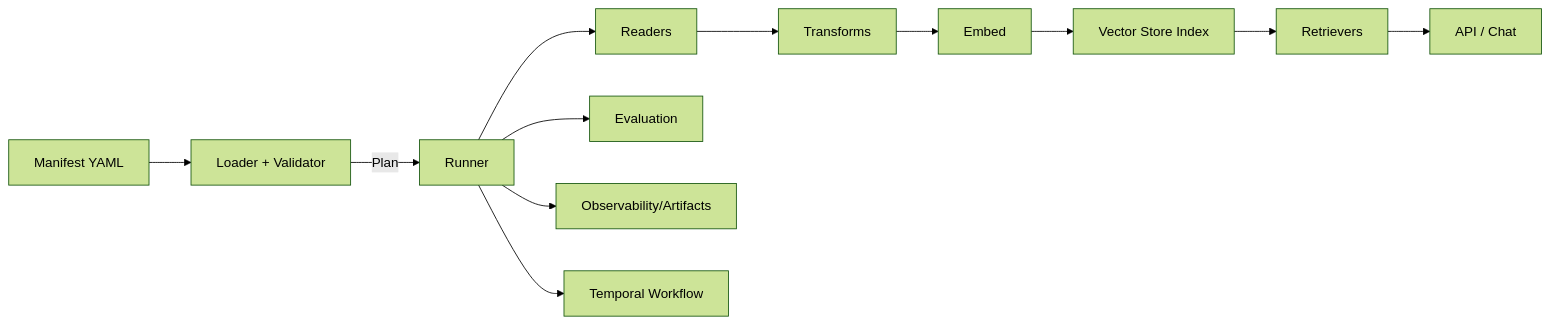
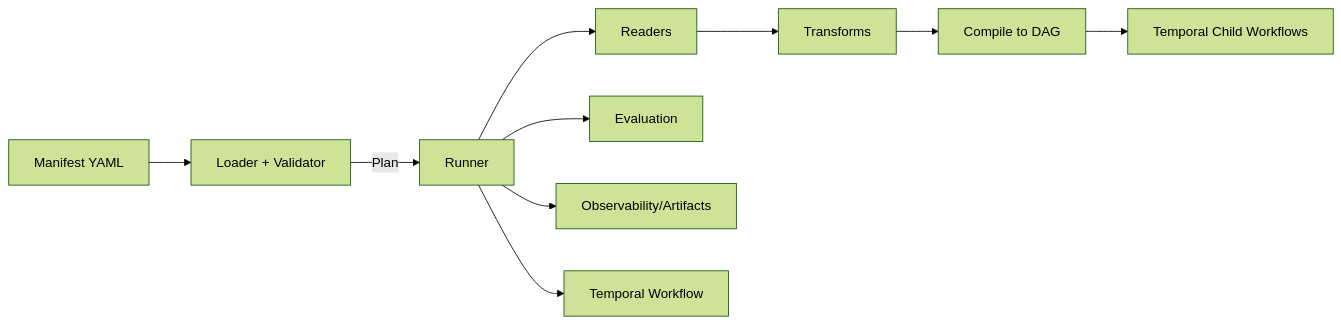
The diagram in docs/Rag/LlamaIndexManifestSystem.md (MoonLadderStudios/MoonMind), drawn with Mermaid (forest theme) before and after one commit. The commit also changed other lines of this file and 24 other files, not shown here.

````diff
--- a/docs/Rag/LlamaIndexManifestSystem.md
+++ b/docs/Rag/LlamaIndexManifestSystem.md
@@ -67,14 +71,12 @@
 ```mermaid
 flowchart LR
- A[Manifest YAML] --> B[Loader + Validator]
- B -->|Plan| C[Runner]
- C --> D[Readers]
- D --> E[Transforms]
- E --> F[Embed]
- F --> G[Vector Store Index]
- G --> H[Retrievers]
- H --> I[API / Chat]
- C --> J[Evaluation]
- C --> K[Observability/Artifacts]
- C --> L[Temporal Workflow]
+  A[Manifest YAML] --> B[Loader + Validator]
+  B -->|Plan| C[Runner]
+  C --> D[Readers]
+  D --> E[Transforms]
+  E --> F[Compile to DAG]
+  F --> G[Temporal Child Workflows]
+  C --> H[Evaluation]
+  C --> I[Observability/Artifacts]
+  C --> J[Temporal Workflow]
 ```
````
